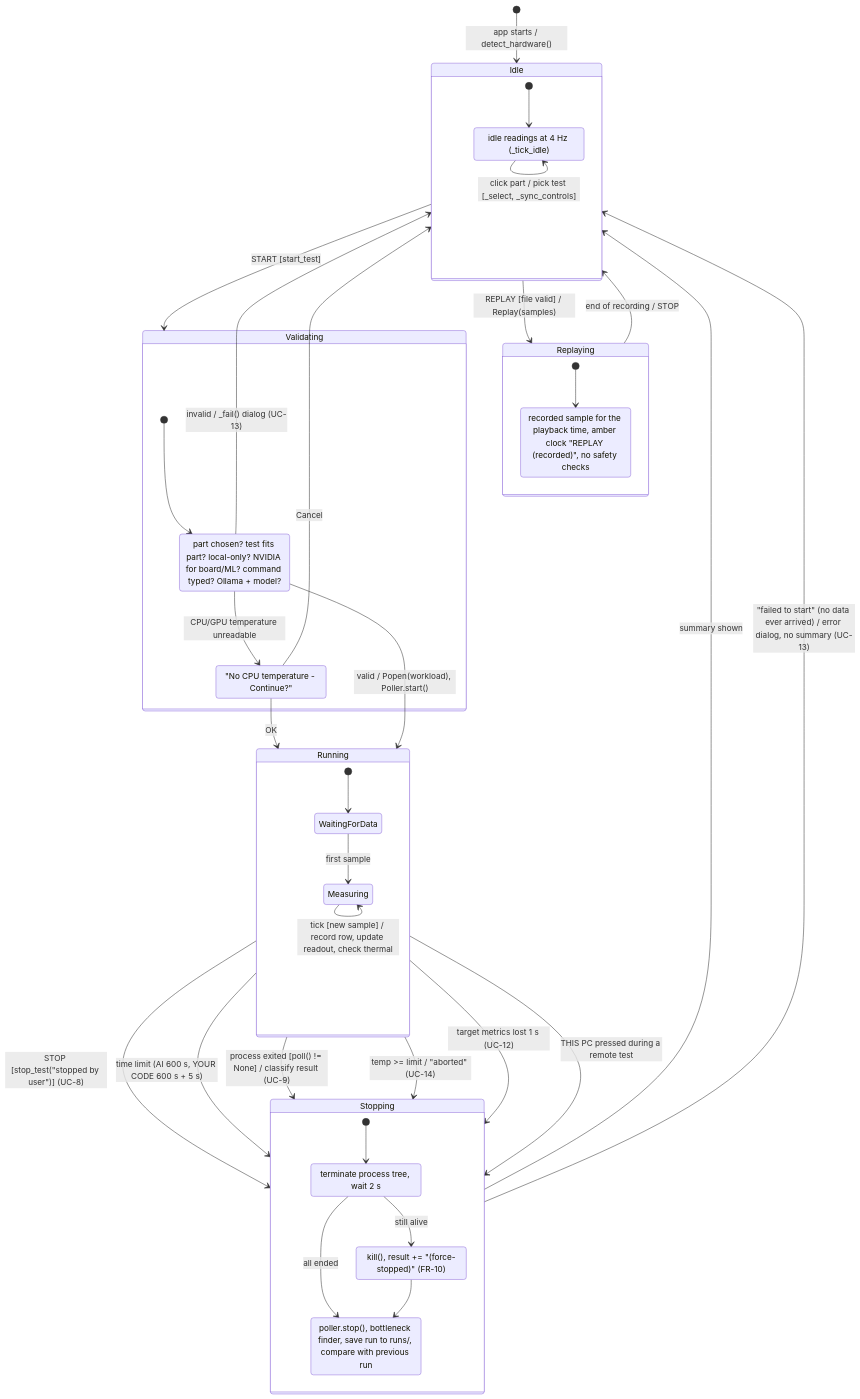
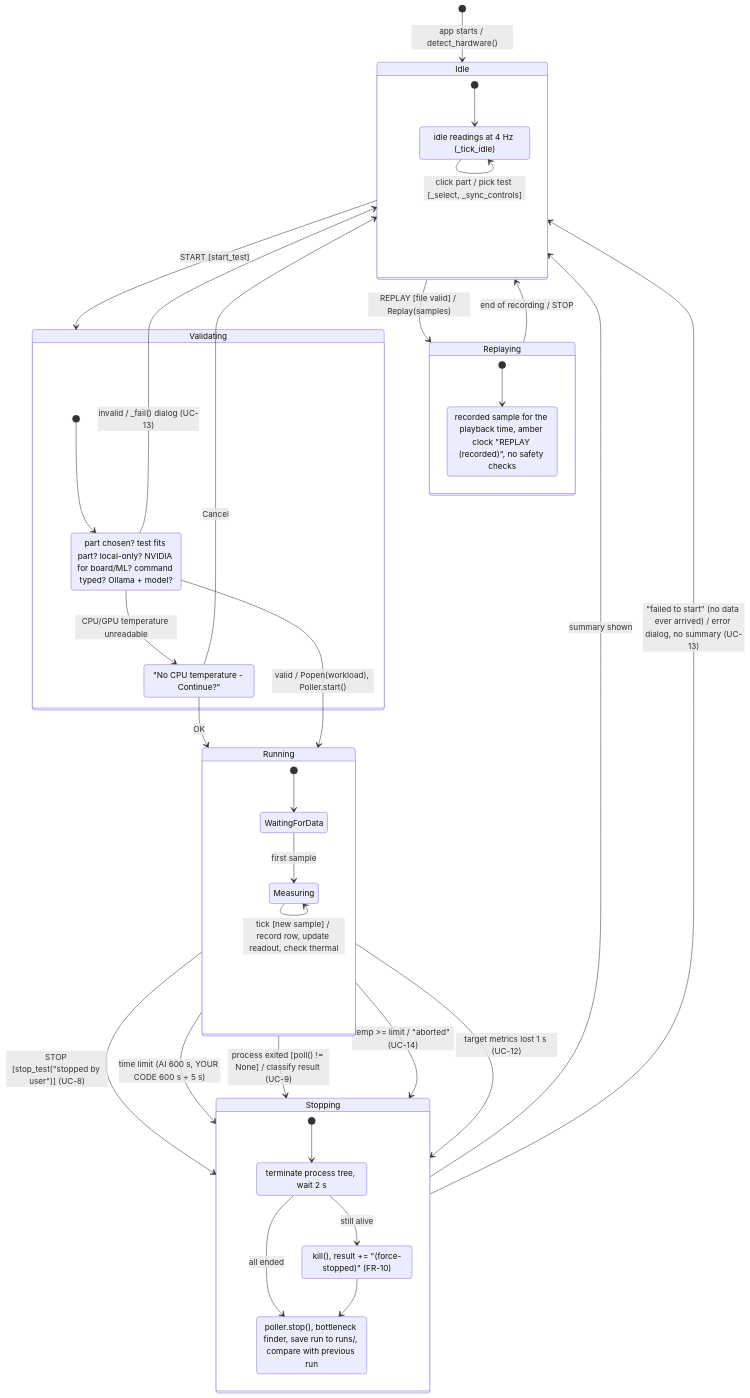
The first of 3 diagrams in docs/STATECHARTS.md (AndreMercado/HardwareComputeVisualizer), drawn with Mermaid before and after one commit. The commit also changed other lines of this file and 39 other files, not shown here.

````diff
--- a/docs/STATECHARTS.md
+++ b/docs/STATECHARTS.md
@@ -24,55 +23,54 @@
 ```mermaid
 stateDiagram-v2
     direction TB
     [*] --> Idle : app starts / detect_hardware()
 
     state Idle {
         [*] --> Watching
         Watching : idle readings at 4 Hz (_tick_idle)
         Watching --> Watching : click part / pick test [_select, _sync_controls]
     }
 
     Idle --> Validating : START [start_test]
     state Validating {
         [*] --> CheckRequest
         CheckRequest : part chosen? test fits part? local-only? NVIDIA for board/ML? command typed? Ollama + model?
         CheckRequest --> AskNoSensor : CPU/GPU temperature unreadable
         AskNoSensor : "No CPU temperature - Continue?"
     }
     CheckRequest --> Idle : invalid / _fail() dialog (UC-13)
     AskNoSensor --> Idle : Cancel
     AskNoSensor --> Running : OK
     CheckRequest --> Running : valid / Popen(workload), Poller.start()
 
     state Running {
         [*] --> WaitingForData
         WaitingForData --> Measuring : first sample
         Measuring --> Measuring : tick [new sample] / record row, update readout, check thermal
     }
 
     Running --> Stopping : STOP [stop_test("stopped by user")] (UC-8)
     Running --> Stopping : time limit (AI 600 s, YOUR CODE 600 s + 5 s)
     Running --> Stopping : process exited [poll() != None] / classify result (UC-9)
     Running --> Stopping : temp >= limit / "aborted" (UC-14)
     Running --> Stopping : target metrics lost 1 s (UC-12)
-    Running --> Stopping : THIS PC pressed during a remote test
 
     state Stopping {
         [*] --> KillTree
         KillTree : terminate process tree, wait 2 s
         KillTree --> ForceKill : still alive
         ForceKill : kill(), result += "(force-stopped)" (FR-10)
         KillTree --> Summarize : all ended
         ForceKill --> Summarize
         Summarize : poller.stop(), bottleneck finder, save run to runs/, compare with previous run
     }
     Stopping --> Idle : summary shown
     Stopping --> Idle : "failed to start" (no data ever arrived) / error dialog, no summary (UC-13)
 
     Idle --> Replaying : REPLAY [file valid] / Replay(samples)
     state Replaying {
         [*] --> Playing
         Playing : recorded sample for the playback time, amber clock "REPLAY (recorded)", no safety checks
     }
     Replaying --> Idle : end of recording / STOP
 ```
````
